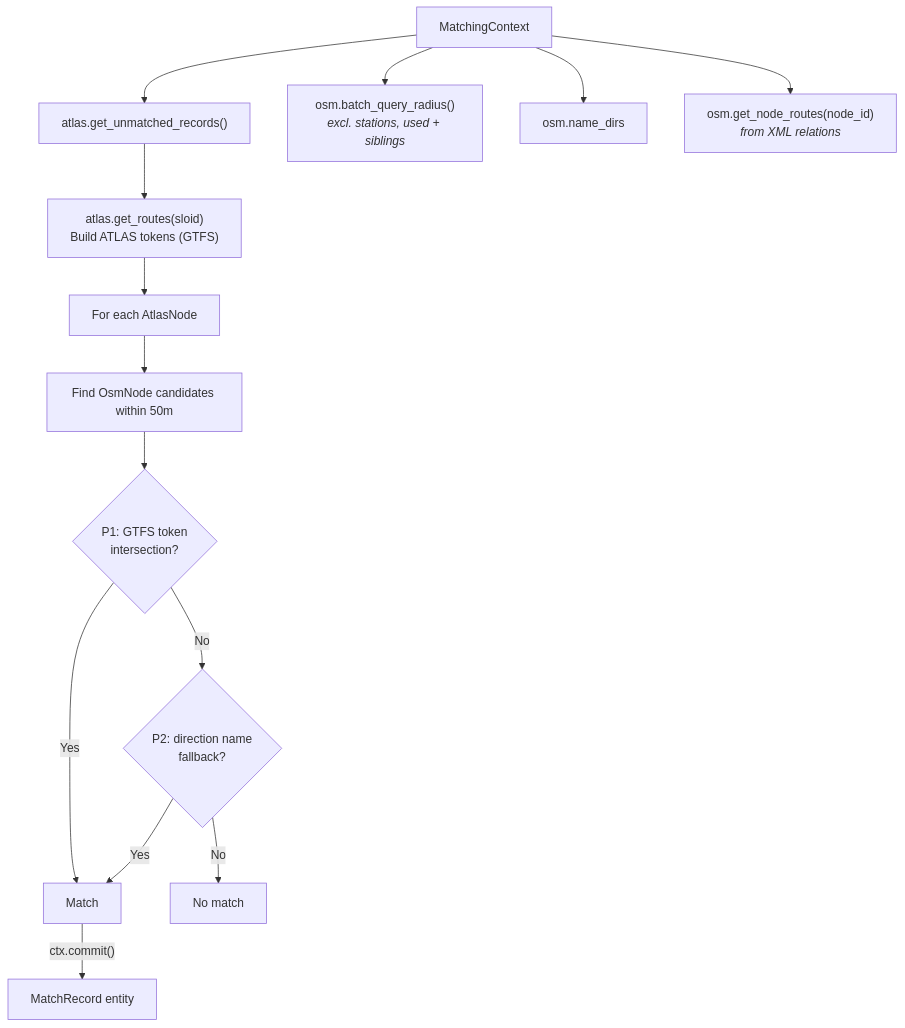
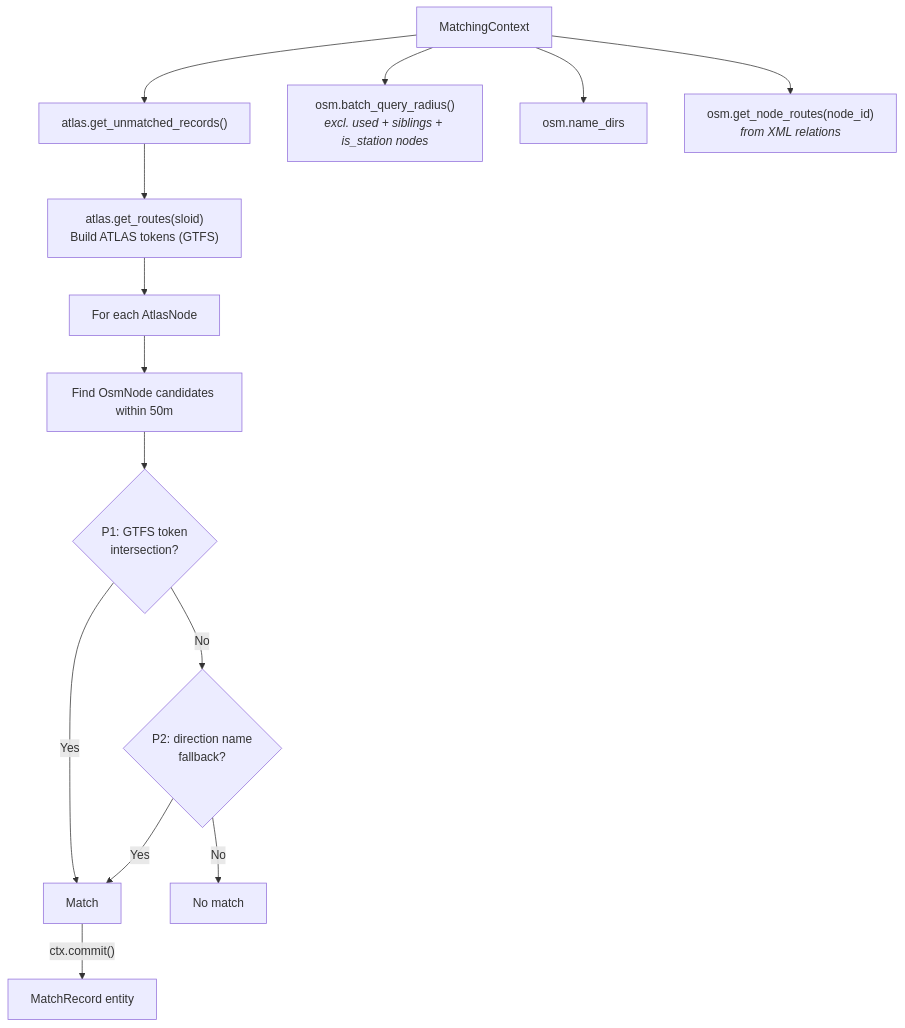
Before and after one commit to openTdataCH/stop_sync_osm_atlas: the diagram in documentation/2.4 Stop-stop matching using routes.md, drawn with Mermaid. The commit also changed other lines of this file and 23 other files, not shown here.

````diff
--- a/documentation/2.4 Stop-stop matching using routes.md
+++ b/documentation/2.4 Stop-stop matching using routes.md
@@ -5,17 +5,17 @@
 ```mermaid
 flowchart TB
     CTX["MatchingContext"] --> UA["atlas.get_unmatched_records()"]
-    CTX --> OSM["osm.batch_query_radius()<br/><i>excl. stations, used + siblings</i>"]
+    CTX --> OSM["osm.batch_query_radius()<br/><i>excl. used + siblings + is_station nodes</i>"]
     CTX --> DIRS["osm.name_dirs"]
     CTX --> NR["osm.get_node_routes(node_id)<br/><i>from XML relations</i>"]
 
     UA --> T["atlas.get_routes(sloid)<br/>Build ATLAS tokens (GTFS)"]
     T --> LOOP["For each AtlasNode"]
     LOOP --> C["Find OsmNode candidates within 50m"]
     C --> P1{"P1: GTFS token<br/>intersection?"}
     P1 -->|Yes| M["Match"]
     P1 -->|No| P2{"P2: direction name<br/>fallback?"}
     P2 -->|Yes| M
     P2 -->|No| X["No match"]
     M -->|"ctx.commit()"| OUT["MatchRecord entity"]
 ```
````
